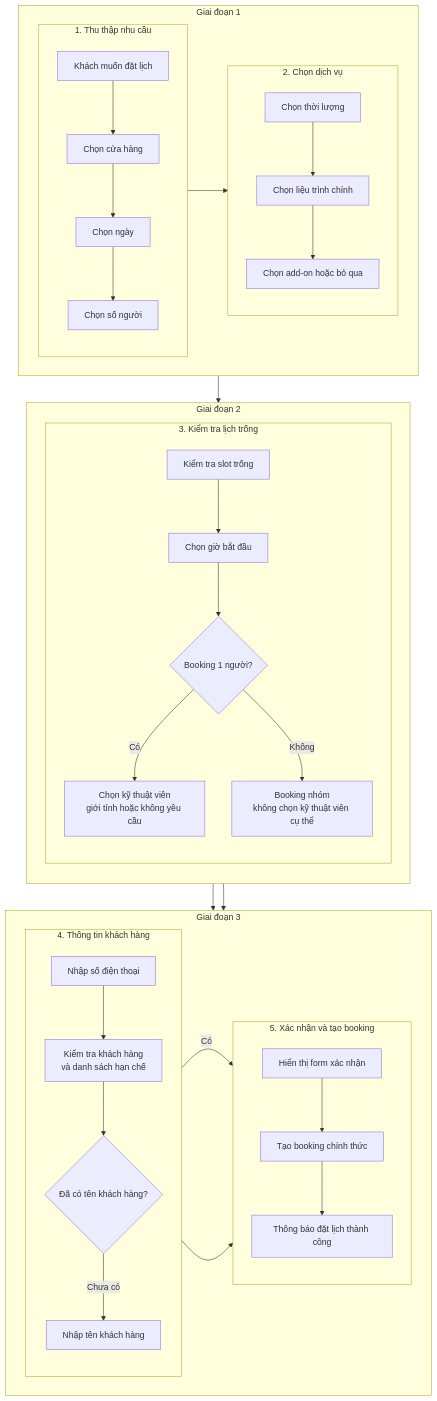
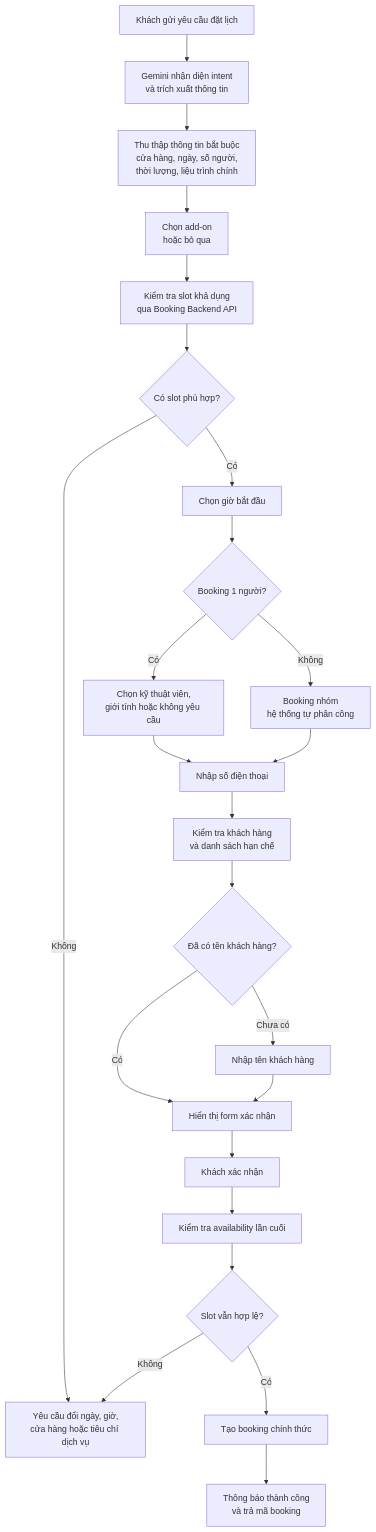
One commit to duy-debug/booking-AI-system changed the third of 8 diagrams in booking-ai-chatbot/README.md. Above: the diagram before and after it, drawn with Mermaid. The commit also changed 1 other file, not shown here.

Commit message:
refactor: update flowchart labels in README for clarity and consistency

````diff
--- a/booking-ai-chatbot/README.md
+++ b/booking-ai-chatbot/README.md
@@ -172,60 +172,36 @@
 ```mermaid
 flowchart TB
-    subgraph ROW1["Giai đoạn 1"]
-    direction LR
-    subgraph A["1. Thu thập nhu cầu"]
-    direction TB
-        START["Khách muốn đặt lịch"]
-        SHOP["Chọn cửa hàng"]
-        DATE["Chọn ngày"]
-        PEOPLE["Chọn số người"]
-    end
+    A["Khách gửi yêu cầu đặt lịch"]
+    B["Gemini nhận diện intent<br>và trích xuất thông tin"]
+    C["Thu thập thông tin bắt buộc<br>cửa hàng, ngày, số người,<br>thời lượng, liệu trình chính"]
+    D["Chọn add-on<br>hoặc bỏ qua"]
+    E["Kiểm tra slot khả dụng<br>qua Booking Backend API"]
+    F{"Có slot phù hợp?"}
+    G["Yêu cầu đổi ngày, giờ,<br>cửa hàng hoặc tiêu chí dịch vụ"]
+    H["Chọn giờ bắt đầu"]
+    I{"Booking 1 người?"}
+    J["Chọn kỹ thuật viên,<br>giới tính hoặc không yêu cầu"]
+    K["Booking nhóm<br>hệ thống tự phân công"]
+    L["Nhập số điện thoại"]
+    M["Kiểm tra khách hàng<br>và danh sách hạn chế"]
+    N{"Đã có tên khách hàng?"}
+    O["Nhập tên khách hàng"]
+    P["Hiển thị form xác nhận"]
+    Q["Khách xác nhận"]
+    R["Kiểm tra availability lần cuối"]
+    S{"Slot vẫn hợp lệ?"}
+    T["Tạo booking chính thức"]
+    U["Thông báo thành công<br>và trả mã booking"]
 
-    subgraph B["2. Chọn dịch vụ"]
-    direction TB
-        DURATION["Chọn thời lượng"]
-        MAIN["Chọn liệu trình chính"]
-        ADDON["Chọn add-on hoặc bỏ qua"]
-    end
-    end
-
-    subgraph ROW2["Giai đoạn 2"]
-    direction TB
-    subgraph C["3. Kiểm tra lịch trống"]
-    direction TB
-        SLOT["Kiểm tra slot trống"]
-        TIME["Chọn giờ bắt đầu"]
-        THERAPIST{"Booking 1 người?"}
-        THERAPIST_SELECT["Chọn kỹ thuật viên<br>giới tính hoặc không yêu cầu"]
-        SKIP_THERAPIST["Booking nhóm<br>không chọn kỹ thuật viên cụ thể"]
-    end
-    end
-
-    subgraph ROW3["Giai đoạn 3"]
-    direction LR
-    subgraph D["4. Thông tin khách hàng"]
-    direction TB
-        PHONE["Nhập số điện thoại"]
-        CUSTOMER["Kiểm tra khách hàng<br>và danh sách hạn chế"]
-        NAME{"Đã có tên khách hàng?"}
-        ASK_NAME["Nhập tên khách hàng"]
-    end
-
-    subgraph E["5. Xác nhận và tạo booking"]
-    direction TB
-        CONFIRM["Hiển thị form xác nhận"]
-        CREATE["Tạo booking chính thức"]
-        DONE["Thông báo đặt lịch thành công"]
-    end
-    end
-
-    START --> SHOP --> DATE --> PEOPLE
-    PEOPLE --> DURATION --> MAIN --> ADDON
-    ADDON --> SLOT --> TIME --> THERAPIST
-    THERAPIST -- Có --> THERAPIST_SELECT --> PHONE
-    THERAPIST -- Không --> SKIP_THERAPIST --> PHONE
-    PHONE --> CUSTOMER --> NAME
-    NAME -- Có --> CONFIRM
-    NAME -- Chưa có --> ASK_NAME --> CONFIRM
-    CONFIRM --> CREATE --> DONE
+    A --> B --> C --> D --> E --> F
+    F -- Không --> G
+    F -- Có --> H --> I
+    I -- Có --> J --> L
+    I -- Không --> K --> L
+    L --> M --> N
+    N -- Có --> P
+    N -- Chưa có --> O --> P
+    P --> Q --> R --> S
+    S -- Không --> G
+    S -- Có --> T --> U
 ```
````
